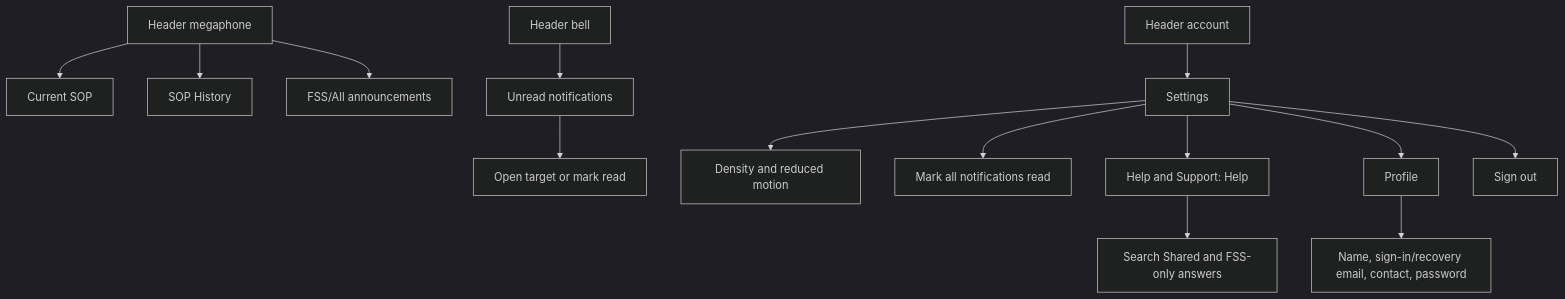
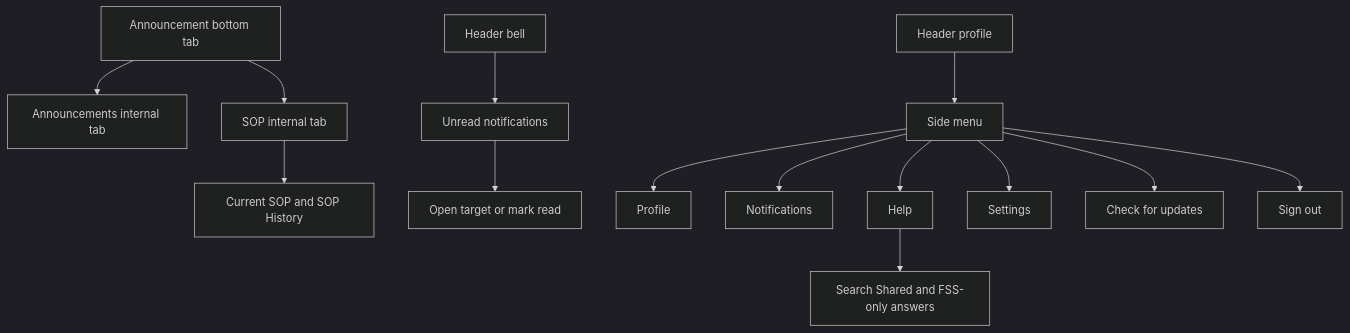
Before and after one commit to ja2gc/Nutriscope: the fifth of 5 diagrams in docs/modules/Flowcharts/FSS Mobile Execution Flow.md, drawn with Mermaid (dark theme). The commit also changed other lines of this file and 99 other files, not shown here.

````diff
--- a/docs/modules/Flowcharts/FSS Mobile Execution Flow.md
+++ b/docs/modules/Flowcharts/FSS Mobile Execution Flow.md
@@ -97,16 +93,16 @@
 ```mermaid
 flowchart TD
-    A["Header megaphone"] --> B["Current SOP"]
-    A --> C["SOP History"]
-    A --> D["FSS/All announcements"]
+    A["Announcement bottom tab"] --> B["Announcements internal tab"]
+    A --> C["SOP internal tab"]
+    C --> D["Current SOP and SOP History"]
     E["Header bell"] --> F["Unread notifications"]
     F --> G["Open target or mark read"]
-    H["Header account"] --> I["Settings"]
-    I --> J["Density and reduced motion"]
-    I --> K["Mark all notifications read"]
-    I --> O["Help and Support: Help"]
+    H["Header profile"] --> I["Side menu"]
+    I --> J["Profile"]
+    I --> K["Notifications"]
+    I --> O["Help"]
     O --> P["Search Shared and FSS-only answers"]
-    I --> L["Profile"]
-    L --> M["Name, sign-in/recovery email, contact, password"]
+    I --> L["Settings"]
+    I --> M["Check for updates"]
     I --> N["Sign out"]
 ```
````
